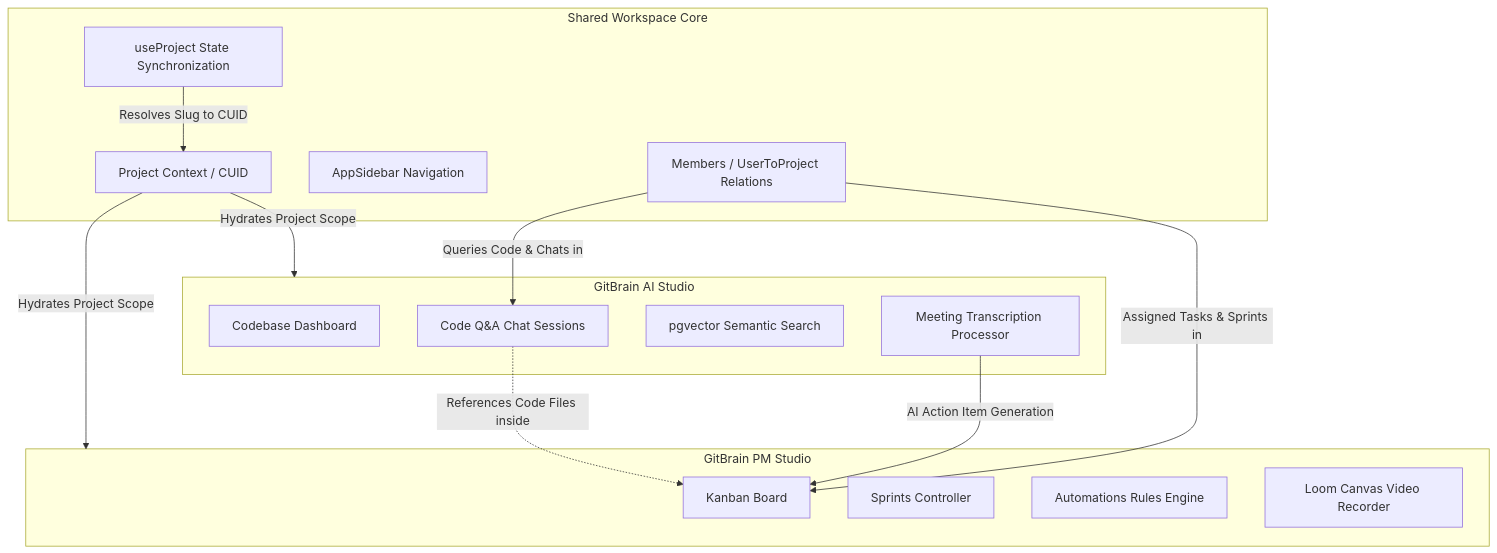
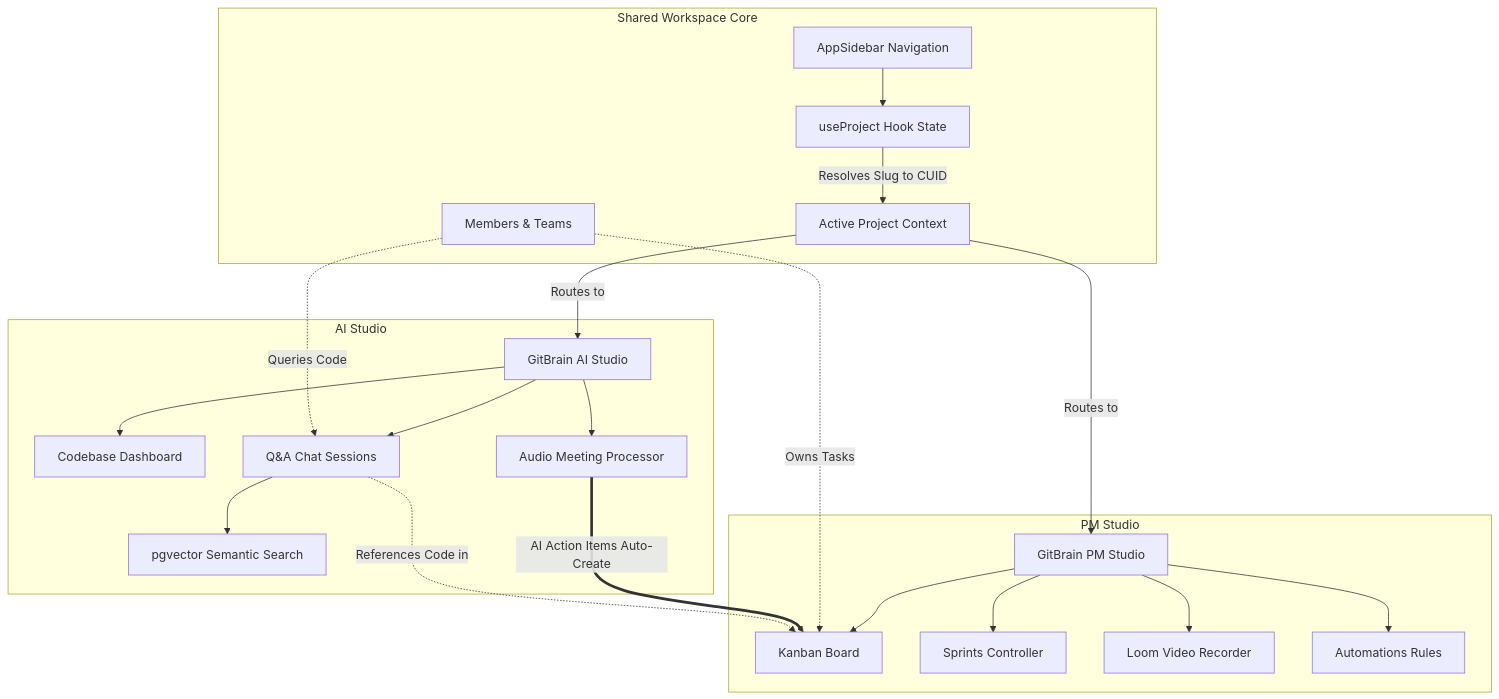
Before and after one commit to Adityazzzzz/GithubSaas: the diagram in README.md, drawn with Mermaid. The commit also changed other lines of this file, not shown here.

````diff
--- a/README.md
+++ b/README.md
@@ -32,34 +24,35 @@
 ```mermaid
-graph TD
-    subgraph SharedContext [Shared Workspace Core]
-        P[Project Context / CUID]
-        S[AppSidebar Navigation]
-        H[useProject State Synchronization]
-        M[Members / UserToProject Relations]
+flowchart TD
+    %% 1. Shared Workspace Context (Top Layer)
+    subgraph Core [Shared Workspace Core]
+        S[AppSidebar Navigation] --> H[useProject Hook State]
+        H -->|Resolves Slug to CUID| P[Active Project Context]
+        M[Members & Teams]
     end
 
-    subgraph AIStudio [GitBrain AI Studio]
-        D[Codebase Dashboard]
-        Q[Code Q&A Chat Sessions]
-        R[pgvector Semantic Search]
-        ME[Meeting Transcription Processor]
+    %% 2. Workspace Routing (Middle Layer)
+    P -->|Routes to| AI_Studio[GitBrain AI Studio]
+    P -->|Routes to| PM_Studio[GitBrain PM Studio]
+
+    %% 3. AI Studio Operations (Left Vertical Path)
+    subgraph AI [AI Studio]
+        AI_Studio --> D[Codebase Dashboard]
+        AI_Studio --> Q[Q&A Chat Sessions]
+        Q --> R[pgvector Semantic Search]
+        AI_Studio --> ME[Audio Meeting Processor]
     end
 
-    subgraph PMStudio [GitBrain PM Studio]
-        K[Kanban Board]
-        SP[Sprints Controller]
-        AU[Automations Rules Engine]
-        L[Loom Canvas Video Recorder]
+    %% 4. PM Studio Operations (Right Vertical Path)
+    subgraph PM [PM Studio]
+        PM_Studio --> K[Kanban Board]
+        PM_Studio --> SP[Sprints Controller]
+        PM_Studio --> L[Loom Video Recorder]
+        PM_Studio --> AU[Automations Rules]
     end
 
-    %% Flow and Connections
-    H -->|Resolves Slug to CUID| P
-    P -->|Hydrates Project Scope| AIStudio
-    P -->|Hydrates Project Scope| PMStudio
-    M -->|Queries Code & Chats in| Q
-    M -->|Assigned Tasks & Sprints in| K
-    
-    %% Cross-Studio Data Sync
-    ME -->|AI Action Item Generation| K
-    Q -.->|References Code Files inside| K
+    %% 5. Cross-Studio Sync (Bottom Connections)
+    M -.->|Queries Code| Q
+    M -.->|Owns Tasks| K
+    ME ===>|AI Action Items Auto-Create| K
+    Q -.->|References Code in| K
 ```
````
